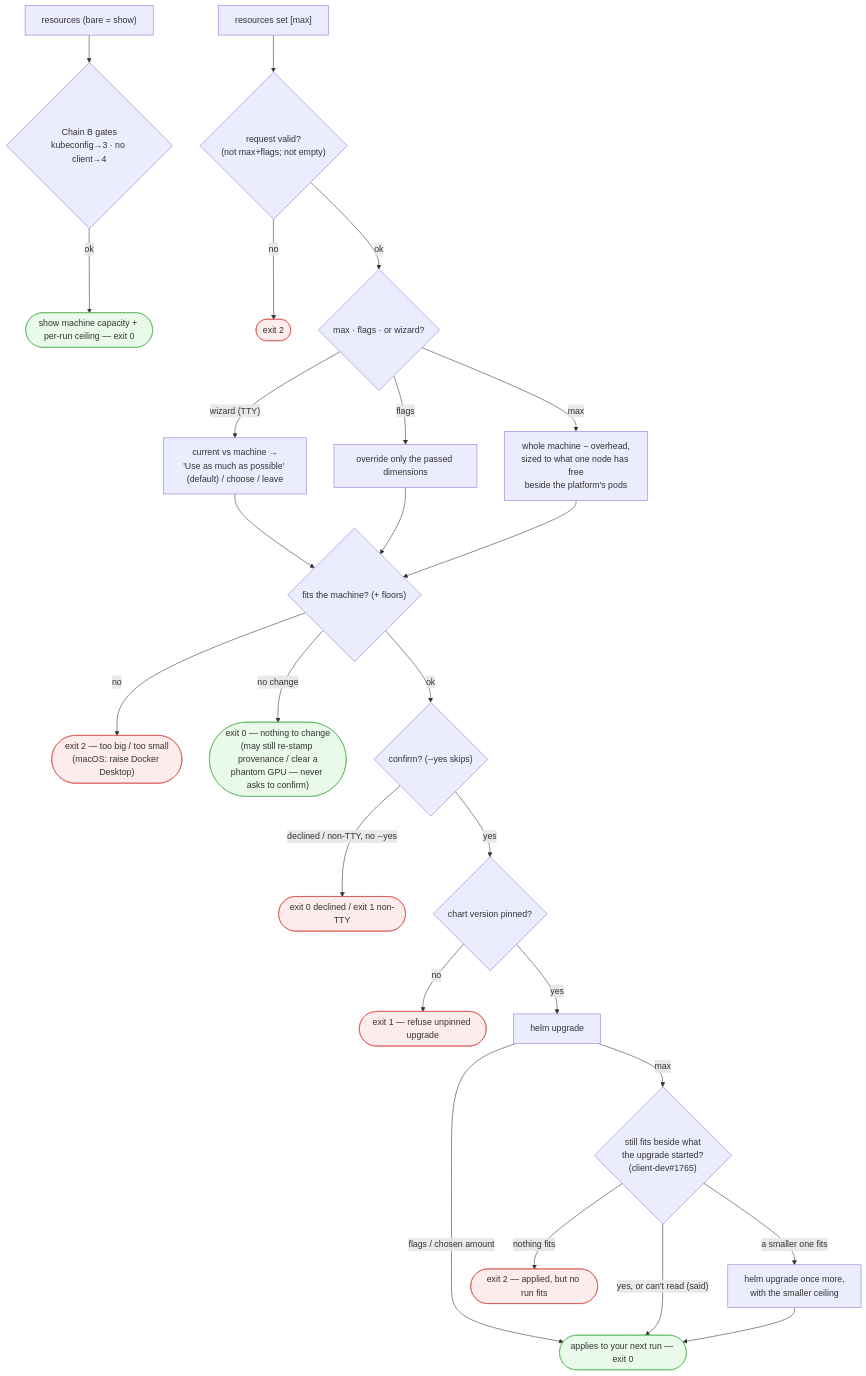
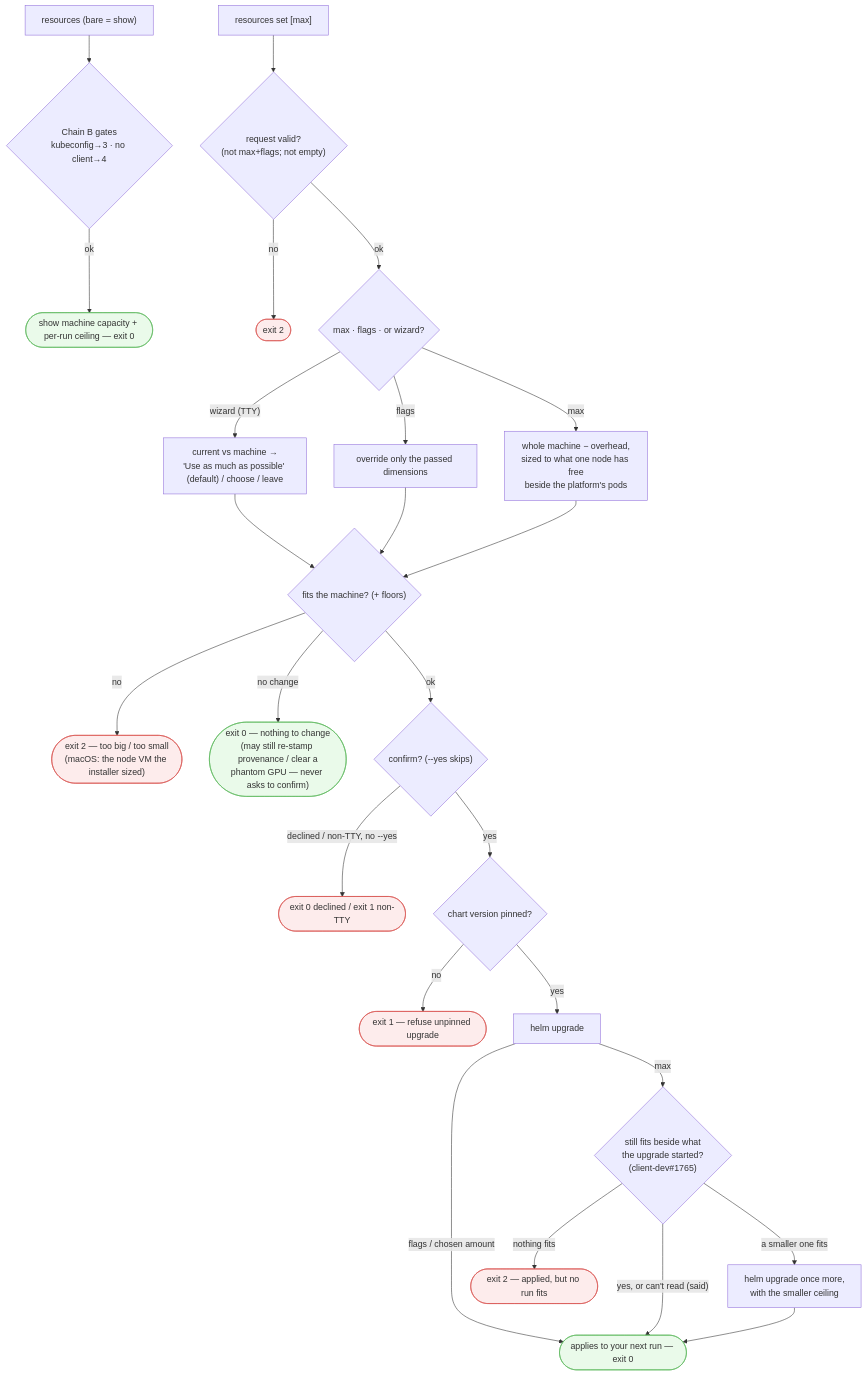
The fourth of 4 diagrams in docs/cli-navigation.md (tracebloc/cli), drawn with Mermaid before and after one commit. The commit also changed 1 other file, not shown here.

Commit message:
Publish v0.11.34

````diff
--- a/docs/cli-navigation.md
+++ b/docs/cli-navigation.md
@@ -127,32 +127,32 @@
 ```mermaid
 flowchart TD
   R0["resources (bare = show)"] --> Rg{"Chain B gates<br/>kubeconfig→3 · no client→4"}
   Rg -->|ok| RS(["show machine capacity + per-run ceiling — exit 0"]):::ok
 
   RSET["resources set [max]"] --> RVsh{"request valid?<br/>(not max+flags; not empty)"}
   RVsh -->|no| re2a(["exit 2"]):::fail
   RVsh -->|ok| Rmode{"max · flags · or wizard?"}
   Rmode -->|"wizard (TTY)"| RW["current vs machine →<br/>'Use as much as possible' (default) / choose / leave"]
   Rmode -->|flags| RF["override only the passed dimensions"]
   Rmode -->|max| RM["whole machine − overhead,<br/>sized to what one node has free<br/>beside the platform's pods"]
   RW --> FIT
   RF --> FIT
   RM --> FIT
 
   FIT{"fits the machine? (+ floors)"}
-  FIT -->|no| re2b(["exit 2 — too big / too small<br/>(macOS: raise Docker Desktop)"]):::fail
+  FIT -->|no| re2b(["exit 2 — too big / too small<br/>(macOS: the node VM the installer sized)"]):::fail
   FIT -->|"no change"| re0n(["exit 0 — nothing to change<br/>(may still re-stamp provenance / clear a<br/>phantom GPU — never asks to confirm)"]):::ok
   FIT -->|ok| CONF{"confirm? (--yes skips)"}
   CONF -->|"declined / non-TTY, no --yes"| re0c(["exit 0 declined / exit 1 non-TTY"]):::fail
   CONF -->|yes| PIN{"chart version pinned?"}
   PIN -->|no| re1(["exit 1 — refuse unpinned upgrade"]):::fail
   PIN -->|yes| UP["helm upgrade"]
   UP -->|"flags / chosen amount"| APPLY(["applies to your next run — exit 0"]):::ok
   UP -->|max| AGAIN{"still fits beside what<br/>the upgrade started?<br/>(client-dev#1765)"}
   AGAIN -->|"yes, or can't read (said)"| APPLY
   AGAIN -->|"a smaller one fits"| DOWN["helm upgrade once more,<br/>with the smaller ceiling"] --> APPLY
   AGAIN -->|"nothing fits"| re2c(["exit 2 — applied, but no run fits"]):::fail
 
   classDef fail fill:#fdecec,stroke:#d9534f;
   classDef ok fill:#eafaea,stroke:#5cb85c;
 ```
````
